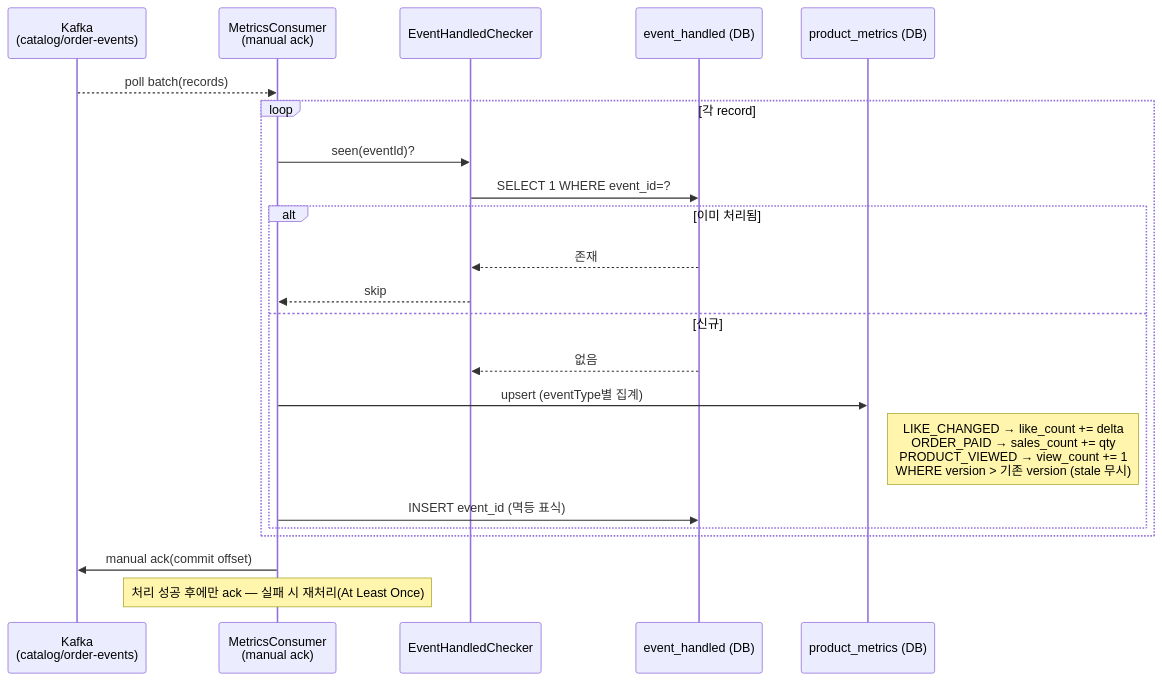
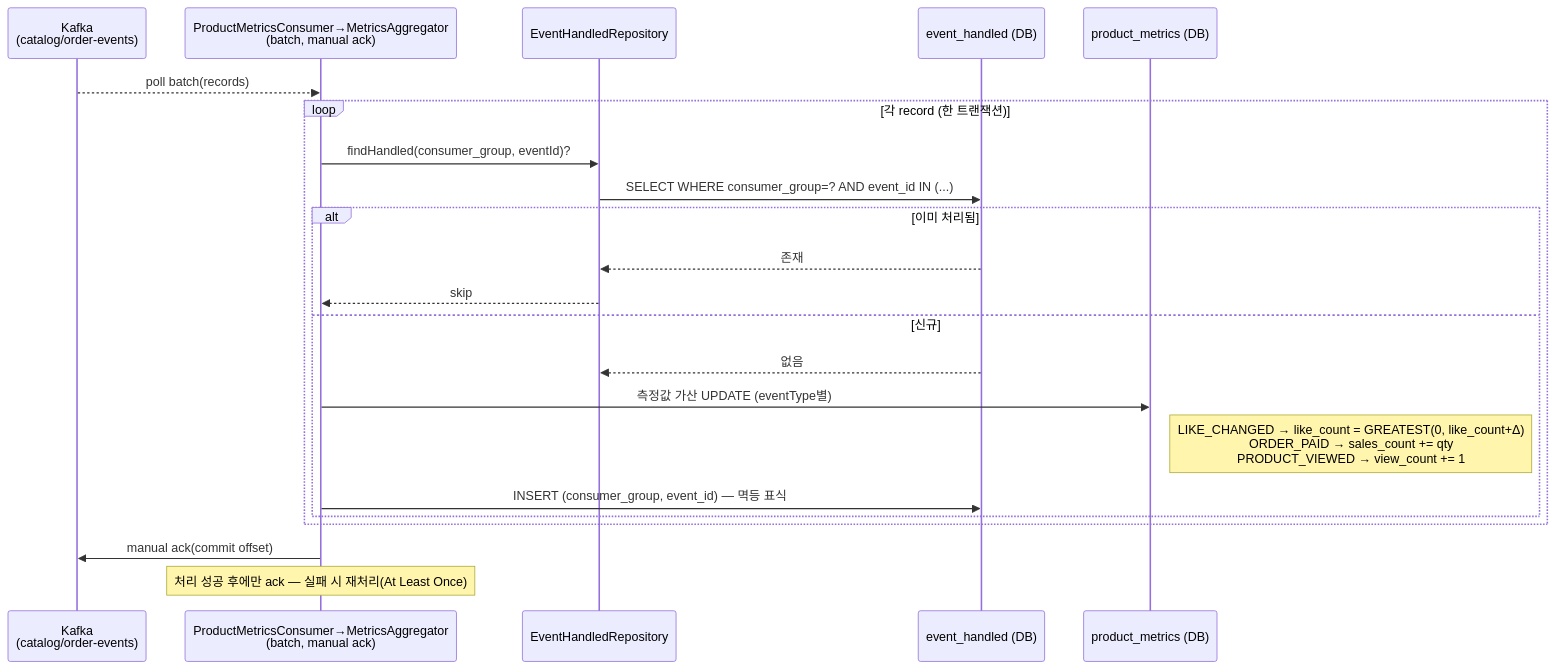
The fifth of 10 diagrams in docs/week7/02-sequence-diagrams.md (gamewithfriend/loop-pack-be-l2-vol4-java), drawn with Mermaid before and after one commit. The commit also changed other lines of this file and 1 other file, not shown here.

First line of the commit message:
docs(week7): 요구사항·시퀀스 다이어그램을 현재 구현에 동기화

````diff
--- a/docs/week7/02-sequence-diagrams.md
+++ b/docs/week7/02-sequence-diagrams.md
@@ -157,25 +162,25 @@
 ```mermaid
 sequenceDiagram
     participant K as Kafka<br/>(catalog/order-events)
-    participant MCon as MetricsConsumer<br/>(manual ack)
-    participant Idem as EventHandledChecker
+    participant MCon as ProductMetricsConsumer→MetricsAggregator<br/>(batch, manual ack)
+    participant Idem as EventHandledRepository
     participant EH as event_handled (DB)
     participant PM as product_metrics (DB)
 
     K-->>MCon: poll batch(records)
-    loop 각 record
-        MCon->>Idem: seen(eventId)?
-        Idem->>EH: SELECT 1 WHERE event_id=?
+    loop 각 record (한 트랜잭션)
+        MCon->>Idem: findHandled(consumer_group, eventId)?
+        Idem->>EH: SELECT WHERE consumer_group=? AND event_id IN (...)
         alt 이미 처리됨
             EH-->>Idem: 존재
             Idem-->>MCon: skip
         else 신규
             EH-->>Idem: 없음
-            MCon->>PM: upsert (eventType별 집계)
-            note right of PM: LIKE_CHANGED → like_count += delta<br/>ORDER_PAID → sales_count += qty<br/>PRODUCT_VIEWED → view_count += 1<br/>WHERE version > 기존 version (stale 무시)
-            MCon->>EH: INSERT event_id (멱등 표식)
+            MCon->>PM: 측정값 가산 UPDATE (eventType별)
+            note right of PM: LIKE_CHANGED → like_count = GREATEST(0, like_count+Δ)<br/>ORDER_PAID → sales_count += qty<br/>PRODUCT_VIEWED → view_count += 1
+            MCon->>EH: INSERT (consumer_group, event_id) — 멱등 표식
         end
     end
     MCon->>K: manual ack(commit offset)
     note over MCon: 처리 성공 후에만 ack — 실패 시 재처리(At Least Once)
 ```
````
